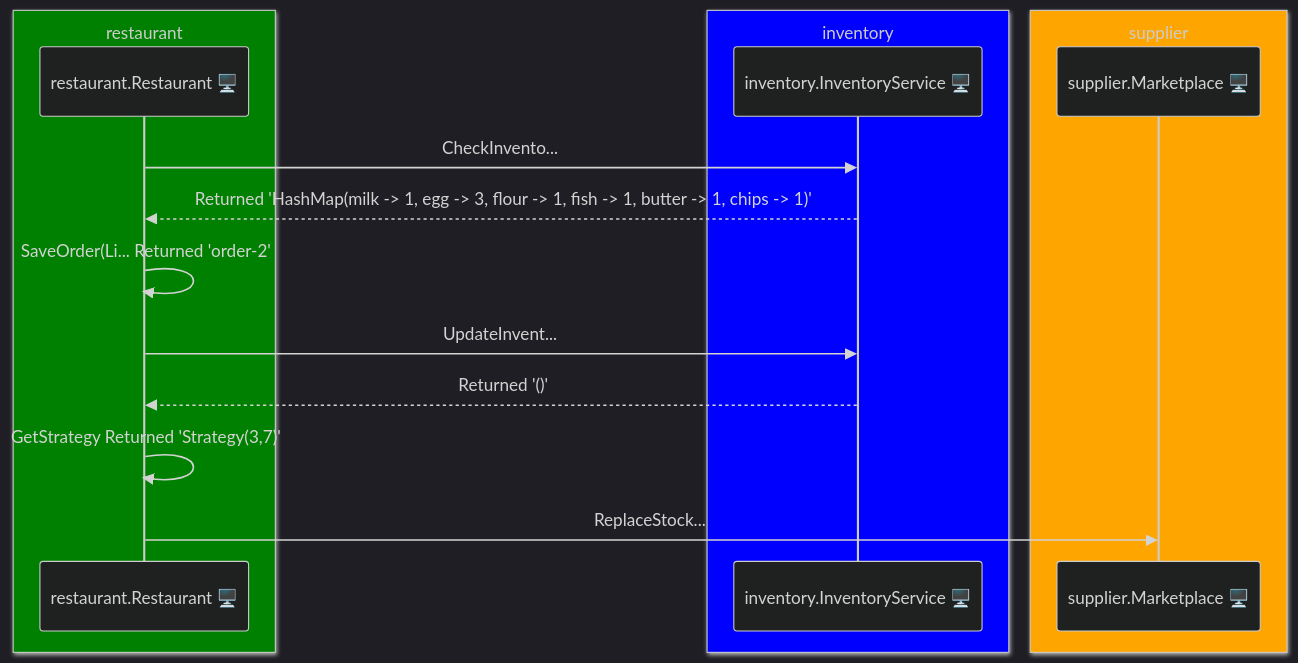
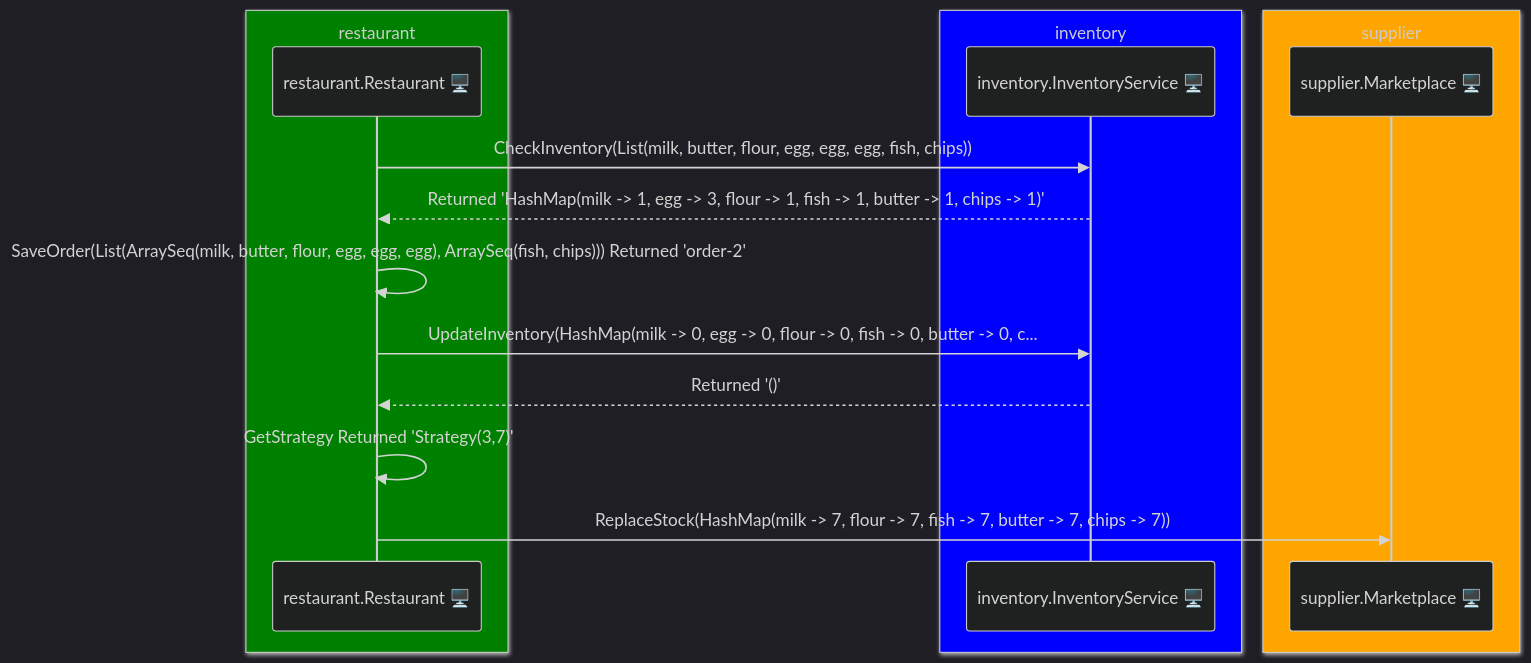
One commit to aaronp/counterparty changed the first of 3 diagrams in docs/scenarios.md. Above: the diagram before and after it, drawn with Mermaid. The commit also changed other lines of this file and 2 other files, not shown here.

Commit message:
End to end flow

````diff
--- a/docs/scenarios.md
+++ b/docs/scenarios.md
@@ -19,21 +19,21 @@
 ```mermaid
 %%{init: {"theme": "dark", 
 "themeVariables": {"primaryTextColor": "grey", "secondaryTextColor": "black", "fontFamily": "Arial", "fontSize": 14, "primaryColor": "#3498db"}}}%%
 sequenceDiagram
 	box green restaurant
 	participant restaurant.Restaurant 🖥️
 	end
 	box blue inventory
 	participant inventory.InventoryService 🖥️
 	end
 	box orange supplier
 	participant supplier.Marketplace 🖥️
 	end
-	restaurant.Restaurant 🖥️ ->> inventory.InventoryService 🖥️ : CheckInvento...
+	restaurant.Restaurant 🖥️ ->> inventory.InventoryService 🖥️ : CheckInventory(List(milk, butter, flour, egg, egg, egg, fish, chips))
 	inventory.InventoryService 🖥️ -->> restaurant.Restaurant 🖥️ : Returned 'HashMap(milk -> 1, egg -> 3, flour -> 1, fish -> 1, butter -> 1, chips -> 1)'
-	restaurant.Restaurant 🖥️ ->> restaurant.Restaurant 🖥️ : SaveOrder(Li... Returned 'order-2'
-	restaurant.Restaurant 🖥️ ->> inventory.InventoryService 🖥️ : UpdateInvent...
+	restaurant.Restaurant 🖥️ ->> restaurant.Restaurant 🖥️ : SaveOrder(List(ArraySeq(milk, butter, flour, egg, egg, egg), ArraySeq(fish, chips))) Returned 'order-2'
+	restaurant.Restaurant 🖥️ ->> inventory.InventoryService 🖥️ : UpdateInventory(HashMap(milk -> 0, egg -> 0, flour -> 0, fish -> 0, butter -> 0, c...
 	inventory.InventoryService 🖥️ -->> restaurant.Restaurant 🖥️ : Returned '()'
 	restaurant.Restaurant 🖥️ ->> restaurant.Restaurant 🖥️ : GetStrategy Returned 'Strategy(3,7)'
-	restaurant.Restaurant 🖥️ ->> supplier.Marketplace 🖥️ : ReplaceStock...
+	restaurant.Restaurant 🖥️ ->> supplier.Marketplace 🖥️ : ReplaceStock(HashMap(milk -> 7, flour -> 7, fish -> 7, butter -> 7, chips -> 7))
 ```
````
